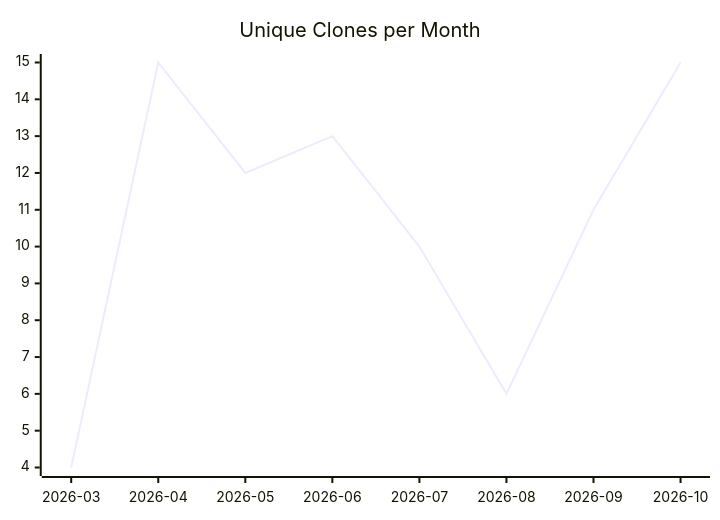
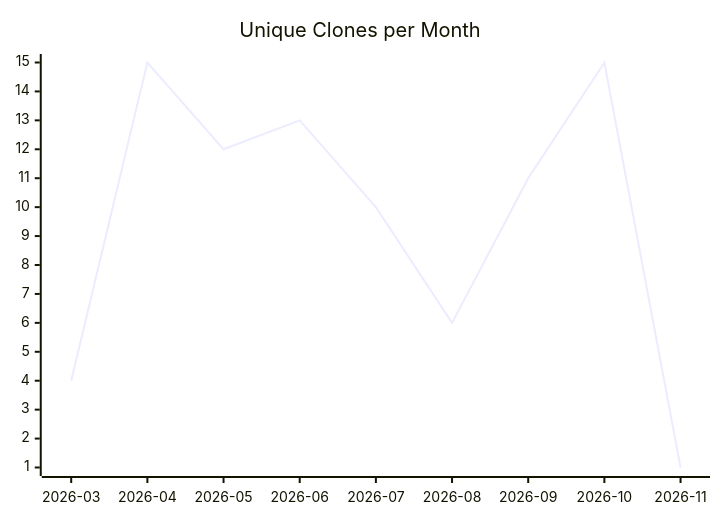
Before and after one commit to justdavis-family/github-analytics-data: the third of 3 diagrams in karlmdavis/ansible-role-bind-dns/README.md, drawn with Mermaid. The commit also changed other lines of this file and 201 other files, not shown here.

````diff
--- a/karlmdavis/ansible-role-bind-dns/README.md
+++ b/karlmdavis/ansible-role-bind-dns/README.md
@@ -19,6 +19,6 @@
 ```mermaid
 xychart-beta
   title "Unique Clones per Month"
-  x-axis ["2026-03", "2026-04", "2026-05", "2026-06", "2026-07", "2026-08", "2026-09", "2026-10"]
-  line [4, 15, 12, 13, 10, 6, 11, 15]
+  x-axis ["2026-03", "2026-04", "2026-05", "2026-06", "2026-07", "2026-08", "2026-09", "2026-10", "2026-11"]
+  line [4, 15, 12, 13, 10, 6, 11, 15, 1]
 ```
````
